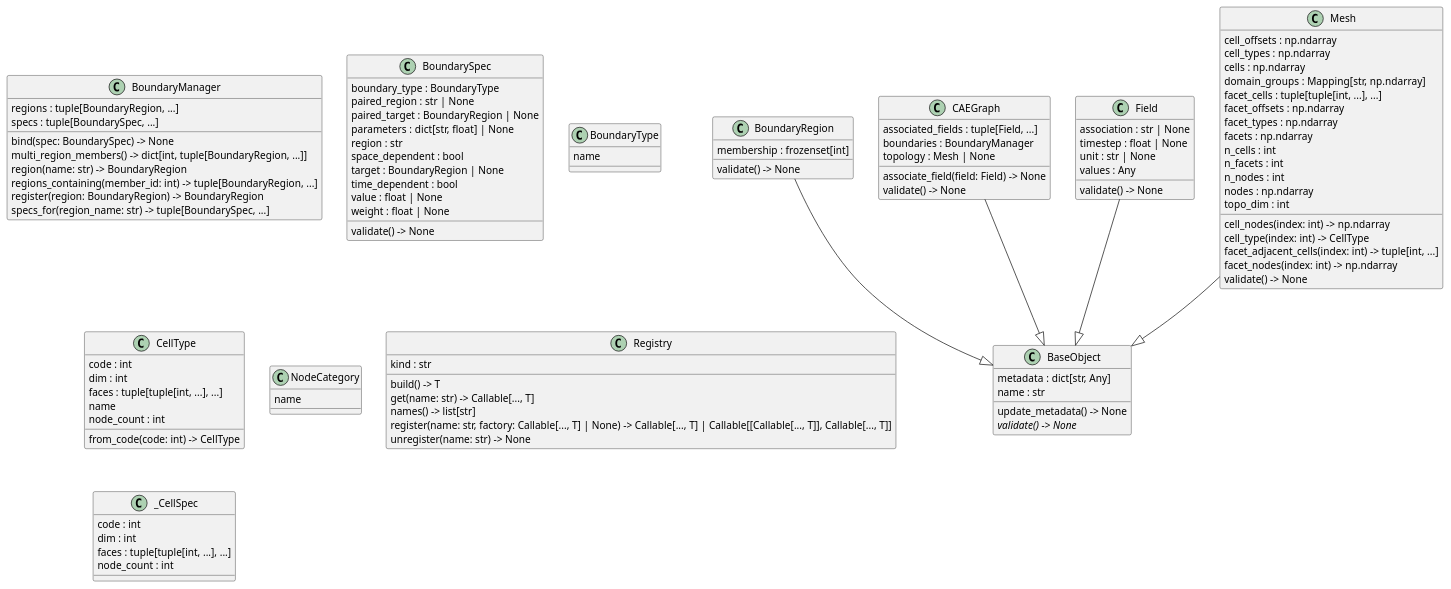
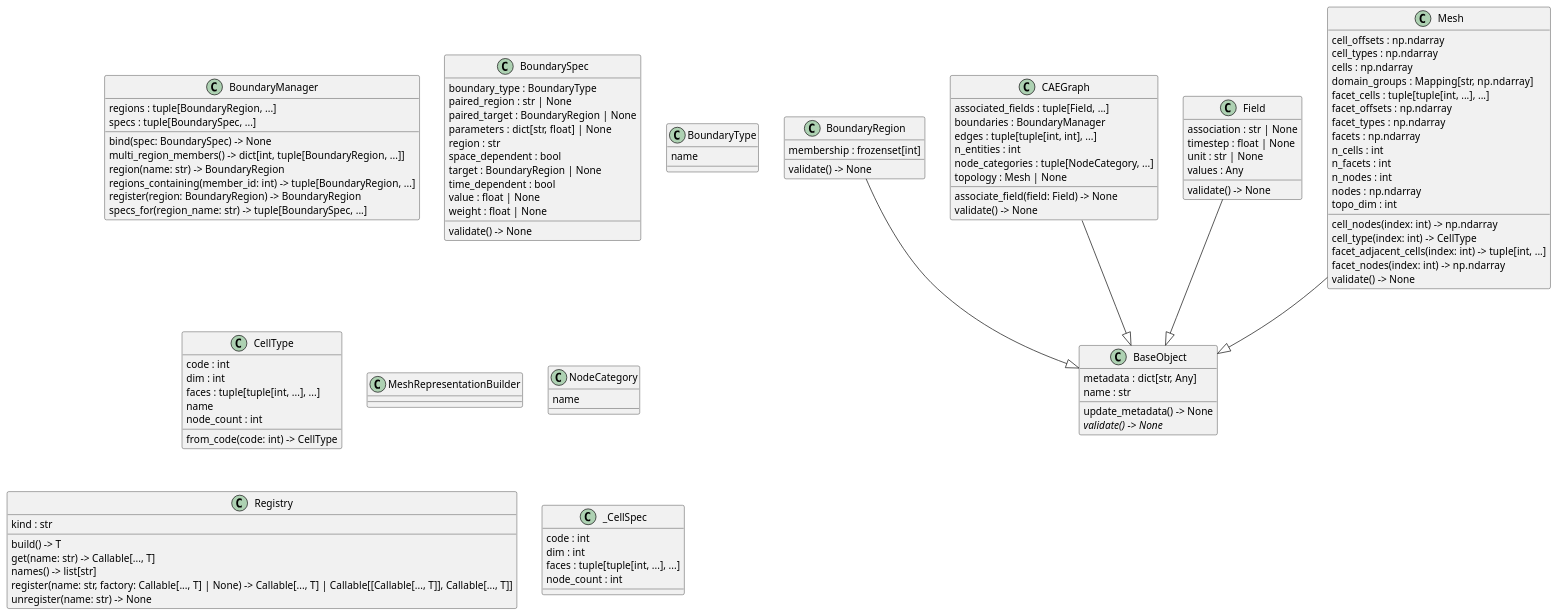
The diagram in diagrams/generated/classes_caegraph.puml (XYChouMian/caegraph), drawn with PlantUML before and after one commit. The commit also changed 10 other files, not shown here.

Commit message:
docs: sync status pages and generated uml with representation builder

```diff
--- a/diagrams/generated/classes_caegraph.puml
+++ b/diagrams/generated/classes_caegraph.puml
@@ -1,102 +1,107 @@
 @startuml classes_caegraph
 set namespaceSeparator none
 class "BaseObject" as caegraph.core.base.BaseObject {
   metadata : dict[str, Any]
   name : str
   update_metadata() -> None
   {abstract}validate() -> None
 }
 class "BoundaryManager" as caegraph.core.boundary.manager.BoundaryManager {
   regions : tuple[BoundaryRegion, ...]
   specs : tuple[BoundarySpec, ...]
   bind(spec: BoundarySpec) -> None
   multi_region_members() -> dict[int, tuple[BoundaryRegion, ...]]
   region(name: str) -> BoundaryRegion
   regions_containing(member_id: int) -> tuple[BoundaryRegion, ...]
   register(region: BoundaryRegion) -> BoundaryRegion
   specs_for(region_name: str) -> tuple[BoundarySpec, ...]
 }
 class "BoundaryRegion" as caegraph.core.boundary.region.BoundaryRegion {
   membership : frozenset[int]
   validate() -> None
 }
 class "BoundarySpec" as caegraph.core.boundary.spec.BoundarySpec {
   boundary_type : BoundaryType
   paired_region : str | None
   paired_target : BoundaryRegion | None
   parameters : dict[str, float] | None
   region : str
   space_dependent : bool
   target : BoundaryRegion | None
   time_dependent : bool
   value : float | None
   weight : float | None
   validate() -> None
 }
 class "BoundaryType" as caegraph.core.enums.BoundaryType {
   name
 }
 class "CAEGraph" as caegraph.core.caegraph.CAEGraph {
   associated_fields : tuple[Field, ...]
   boundaries : BoundaryManager
+  edges : tuple[tuple[int, int], ...]
+  n_entities : int
+  node_categories : tuple[NodeCategory, ...]
   topology : Mesh | None
   associate_field(field: Field) -> None
   validate() -> None
 }
 class "CellType" as caegraph.core.topology.celltype.CellType {
   code : int
   dim : int
   faces : tuple[tuple[int, ...], ...]
   name
   node_count : int
   from_code(code: int) -> CellType
 }
 class "Field" as caegraph.core.field.Field {
   association : str | None
   timestep : float | None
   unit : str | None
   values : Any
   validate() -> None
 }
 class "Mesh" as caegraph.core.topology.mesh.Mesh {
   cell_offsets : np.ndarray
   cell_types : np.ndarray
   cells : np.ndarray
   domain_groups : Mapping[str, np.ndarray]
   facet_cells : tuple[tuple[int, ...], ...]
   facet_offsets : np.ndarray
   facet_types : np.ndarray
   facets : np.ndarray
   n_cells : int
   n_facets : int
   n_nodes : int
   nodes : np.ndarray
   topo_dim : int
   cell_nodes(index: int) -> np.ndarray
   cell_type(index: int) -> CellType
   facet_adjacent_cells(index: int) -> tuple[int, ...]
   facet_nodes(index: int) -> np.ndarray
   validate() -> None
 }
+class "MeshRepresentationBuilder" as caegraph.graph.builder.MeshRepresentationBuilder {
+}
 class "NodeCategory" as caegraph.core.enums.NodeCategory {
   name
 }
 class "Registry" as caegraph.core.registry.Registry {
   kind : str
   build() -> T
   get(name: str) -> Callable[..., T]
   names() -> list[str]
   register(name: str, factory: Callable[..., T] | None) -> Callable[..., T] | Callable[[Callable[..., T]], Callable[..., T]]
   unregister(name: str) -> None
 }
 class "_CellSpec" as caegraph.core.topology.celltype._CellSpec {
   code : int
   dim : int
   faces : tuple[tuple[int, ...], ...]
   node_count : int
 }
 caegraph.core.boundary.region.BoundaryRegion --|> caegraph.core.base.BaseObject
 caegraph.core.caegraph.CAEGraph --|> caegraph.core.base.BaseObject
 caegraph.core.field.Field --|> caegraph.core.base.BaseObject
 caegraph.core.topology.mesh.Mesh --|> caegraph.core.base.BaseObject
 @enduml
```
